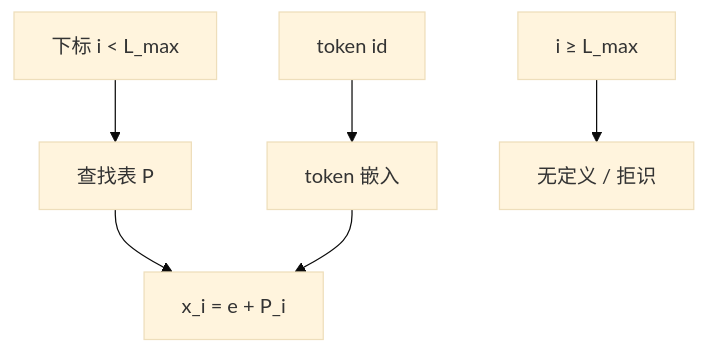
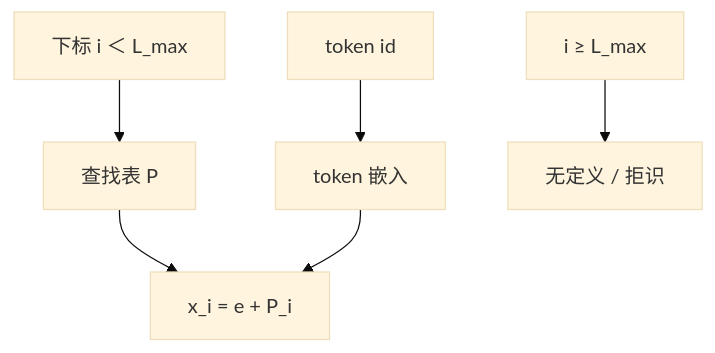
One commit to xhongduo-tech/xhongduo-tech.github.io changed the diagram in docs/llm/learned-pe.md. Above: the diagram before and after it, drawn with Mermaid (base theme). The commit also changed 772 other files, not shown here.

````diff
--- a/docs/llm/learned-pe.md
+++ b/docs/llm/learned-pe.md
@@ -46,8 +46,8 @@
 ```mermaid
 flowchart TD
-  I["下标 i < L_max"] --> Tab["查找表 P"]
+  I["下标 i ＜ L_max"] --> Tab["查找表 P"]
   W["token id"] --> E["token 嵌入"]
   Tab --> Sum["x_i = e + P_i"]
   E --> Sum
   I2["i ≥ L_max"] --> Fail["无定义 / 拒识"]
 ```
````
